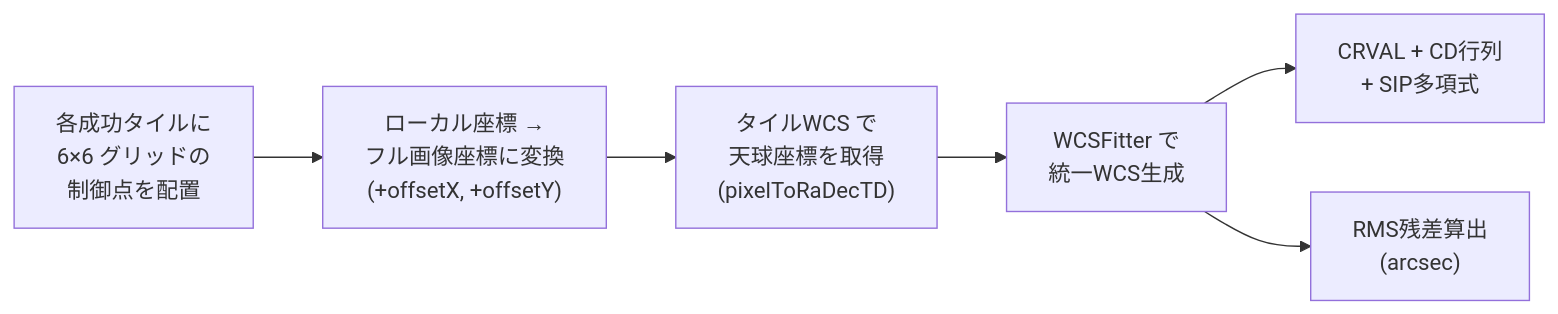
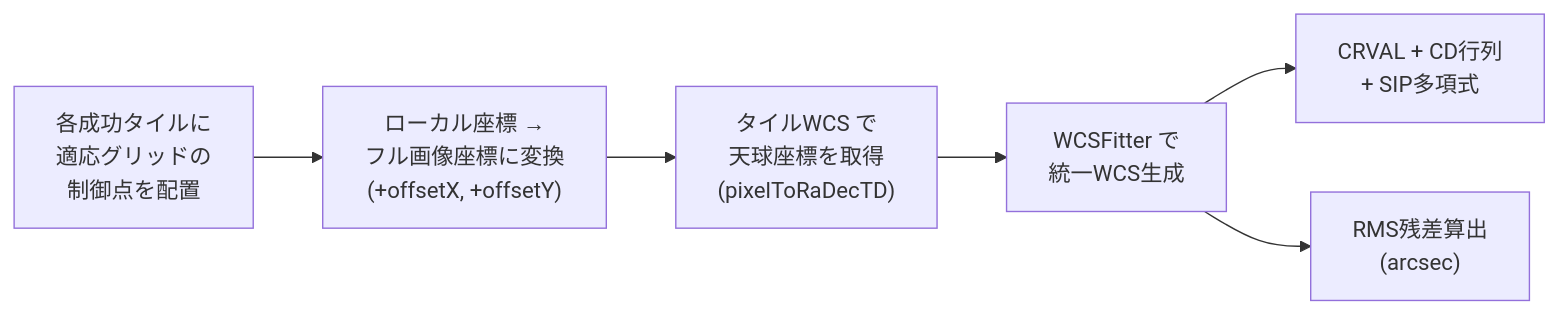
One commit to ysmr3104/split-image-solver changed the seventh of 10 diagrams in docs/specs.md. Above: the diagram before and after it, drawn with Mermaid. The commit also changed other lines of this file and 1 other file, not shown here.

````diff
--- a/docs/specs.md
+++ b/docs/specs.md
@@ -236,8 +247,8 @@
 ```mermaid
 flowchart LR
-    A["各成功タイルに<br/>6×6 グリッドの<br/>制御点を配置"] --> B["ローカル座標 →<br/>フル画像座標に変換<br/>(+offsetX, +offsetY)"]
+    A["各成功タイルに<br/>適応グリッドの<br/>制御点を配置"] --> B["ローカル座標 →<br/>フル画像座標に変換<br/>(+offsetX, +offsetY)"]
     B --> C["タイルWCS で<br/>天球座標を取得<br/>(pixelToRaDecTD)"]
     C --> D["WCSFitter で<br/>統一WCS生成"]
     D --> E["CRVAL + CD行列<br/>+ SIP多項式"]
     D --> F["RMS残差算出<br/>(arcsec)"]
 ```
````
